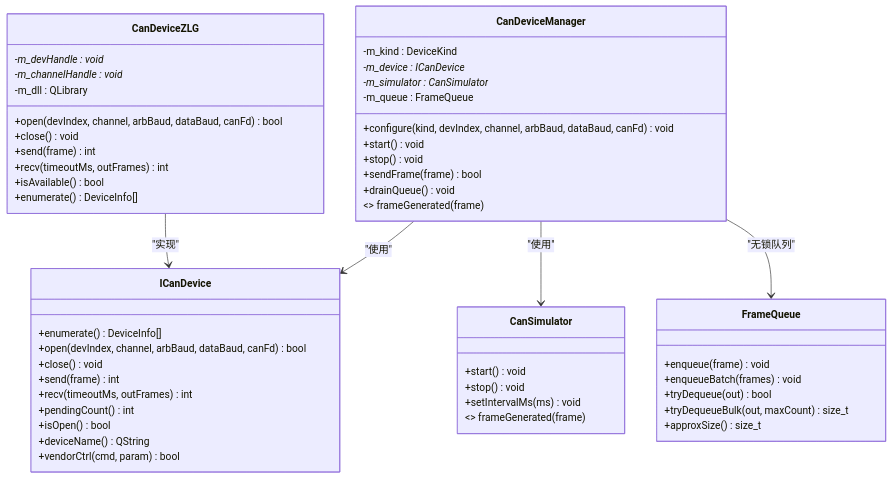
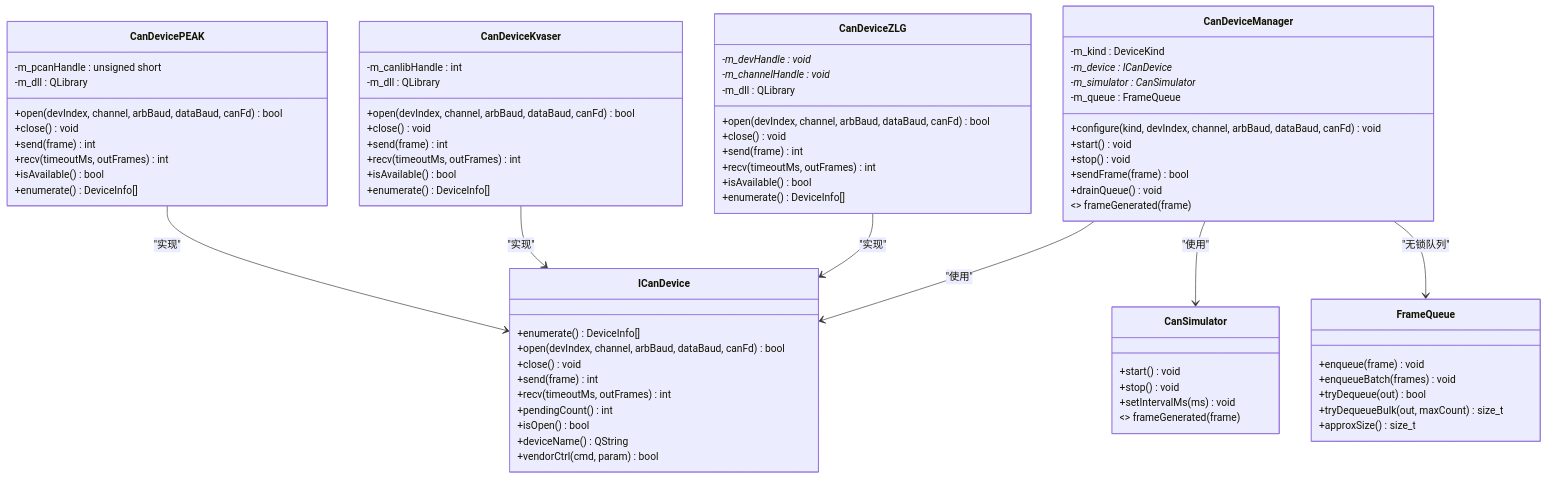
The third of 10 diagrams in .qoder/repowiki/zh/content/核心模块详解/CAN设备管理系统.md (jakecai1225-design/OpenBus), drawn with Mermaid before and after one commit. The commit also changed other lines of this file and 40 other files, not shown here.

````diff
--- a/.qoder/repowiki/zh/content/核心模块详解/CAN设备管理系统.md
+++ b/.qoder/repowiki/zh/content/核心模块详解/CAN设备管理系统.md
@@ -207,54 +241,76 @@
 ```mermaid
 classDiagram
 class ICanDevice {
 +enumerate() DeviceInfo[]
 +open(devIndex, channel, arbBaud, dataBaud, canFd) bool
 +close() void
 +send(frame) int
 +recv(timeoutMs, outFrames) int
 +pendingCount() int
 +isOpen() bool
 +deviceName() QString
 +vendorCtrl(cmd, param) bool
 }
 class CanDeviceManager {
 -m_kind : DeviceKind
 -m_device : ICanDevice*
 -m_simulator : CanSimulator*
 -m_queue : FrameQueue
 +configure(kind, devIndex, channel, arbBaud, dataBaud, canFd) void
 +start() void
 +stop() void
 +sendFrame(frame) bool
 +drainQueue() void
 <<signals>> frameGenerated(frame)
 }
 class CanDeviceZLG {
 -m_devHandle : void*
 -m_channelHandle : void*
 -m_dll : QLibrary
 +open(devIndex, channel, arbBaud, dataBaud, canFd) bool
 +close() void
 +send(frame) int
 +recv(timeoutMs, outFrames) int
 +isAvailable() bool
 +enumerate() DeviceInfo[]
 }
+class CanDeviceKvaser {
+-m_canlibHandle : int
+-m_dll : QLibrary
++open(devIndex, channel, arbBaud, dataBaud, canFd) bool
++close() void
++send(frame) int
++recv(timeoutMs, outFrames) int
++isAvailable() bool
++enumerate() DeviceInfo[]
+}
+class CanDevicePEAK {
+-m_pcanHandle : unsigned short
+-m_dll : QLibrary
++open(devIndex, channel, arbBaud, dataBaud, canFd) bool
++close() void
++send(frame) int
++recv(timeoutMs, outFrames) int
++isAvailable() bool
++enumerate() DeviceInfo[]
+}
 class CanSimulator {
 +start() void
 +stop() void
 +setIntervalMs(ms) void
 <<signals>> frameGenerated(frame)
 }
 class FrameQueue {
 +enqueue(frame) void
 +enqueueBatch(frames) void
 +tryDequeue(out) bool
 +tryDequeueBulk(out, maxCount) size_t
 +approxSize() size_t
 }
 CanDeviceManager --> ICanDevice : "使用"
 CanDeviceManager --> CanSimulator : "使用"
 CanDeviceManager --> FrameQueue : "无锁队列"
 CanDeviceZLG --> ICanDevice : "实现"
+CanDeviceKvaser --> ICanDevice : "实现"
+CanDevicePEAK --> ICanDevice : "实现"
 ```
````
